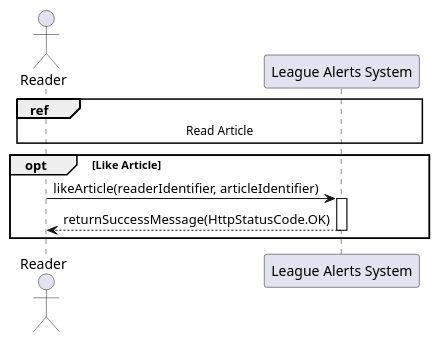
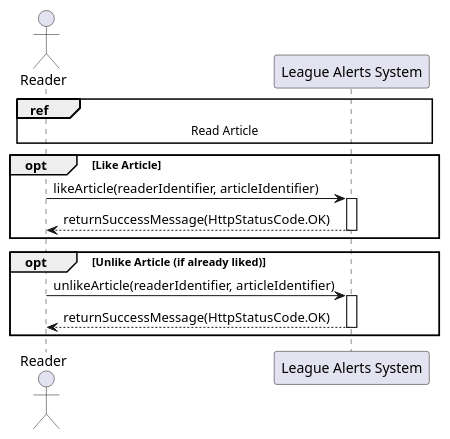
One commit to Valthefirst/league_alerts-ChamplainECP changed the diagram in Diagrams/SSD/Reader SSDs/Read-1.2 SSD.puml. Above: the diagram before and after it, drawn with PlantUML. The commit also changed 5 other files, not shown here.

Commit message:
Added diagrams

```diff
--- a/Diagrams/SSD/Reader SSDs/Read-1.2 SSD.puml
+++ b/Diagrams/SSD/Reader SSDs/Read-1.2 SSD.puml
@@ -1,13 +1,20 @@
 @startuml
 actor Reader
 participant "League Alerts System" as LAS
 
 ref over Reader, LAS : Read Article
 
 opt Like Article
     Reader -> LAS: likeArticle(readerIdentifier, articleIdentifier)
     activate LAS
         LAS --> Reader: returnSuccessMessage(HttpStatusCode.OK)
     deactivate LAS
 end opt
+
+opt Unlike Article (if already liked)
+    Reader -> LAS: unlikeArticle(readerIdentifier, articleIdentifier)
+    activate LAS
+        LAS --> Reader: returnSuccessMessage(HttpStatusCode.OK)
+    deactivate LAS
+end opt
 @enduml
```
